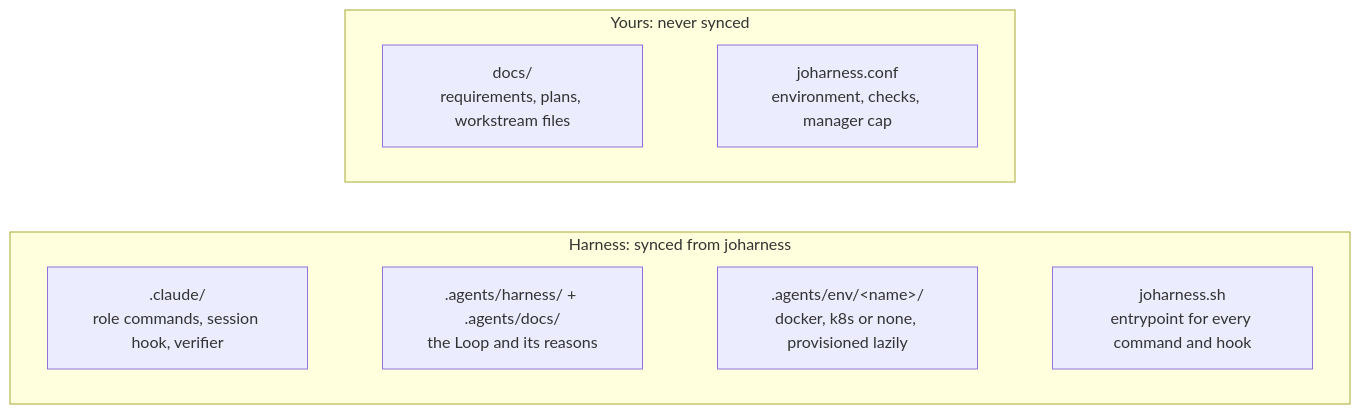
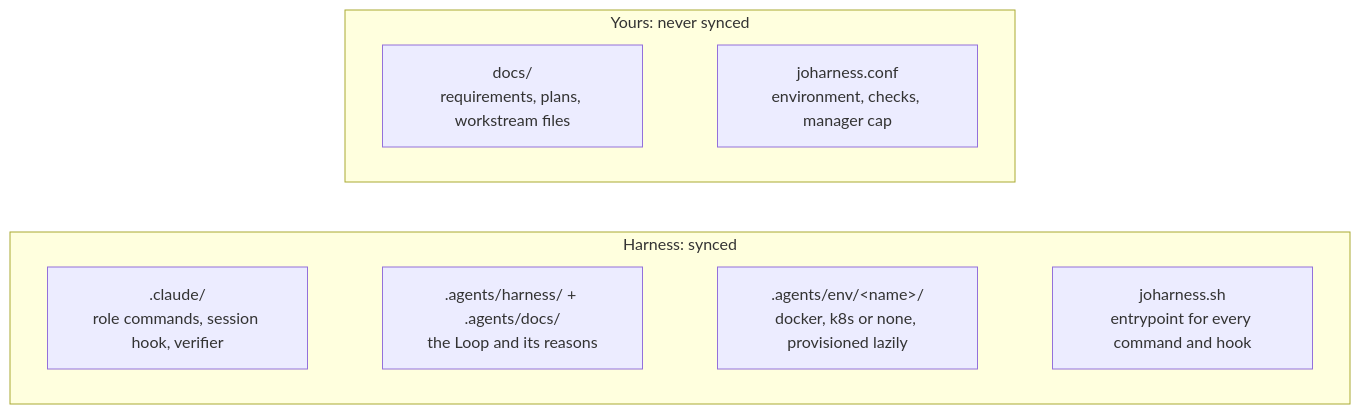
The first of 4 diagrams in README.md (chrsctl/joharness), drawn with Mermaid before and after one commit.

Commit message:
README: shorter harness group title, stops it wrapping over a node
Claude-Session: https://claude.ai/code/session_01LRgo2j3V178vUzUiYZ8WH4

````diff
--- a/README.md
+++ b/README.md
@@ -7,21 +7,21 @@
 ```mermaid
 flowchart TB
     accTitle: Repo layout
     accDescr: A repo running joharness has its own files on top and the synced harness below.
 
     subgraph yours["Yours: never synced"]
         direction LR
         docs["docs/<br/>requirements, plans, workstream files"]
         conf["joharness.conf<br/>environment, checks, manager cap"]
     end
-    subgraph harness["Harness: synced from joharness"]
+    subgraph harness["Harness: synced"]
         direction LR
         claude[".claude/<br/>role commands, session hook, verifier"]
         protocol[".agents/harness/ + .agents/docs/<br/>the Loop and its reasons"]
         env[".agents/env/#lt;name#gt;/<br/>docker, k8s or none, provisioned lazily"]
         sh["joharness.sh<br/>entrypoint for every command and hook"]
     end
     docs ~~~ conf
     claude ~~~ protocol ~~~ env ~~~ sh
     yours ~~~ harness
 ```
````
